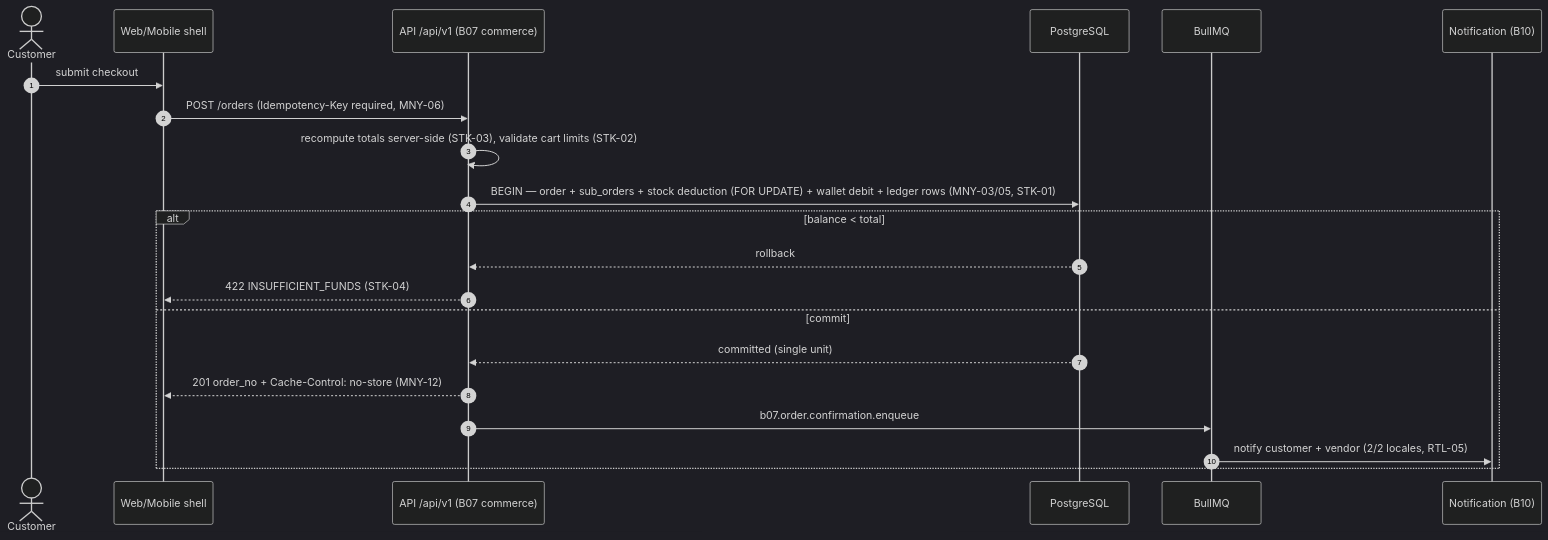
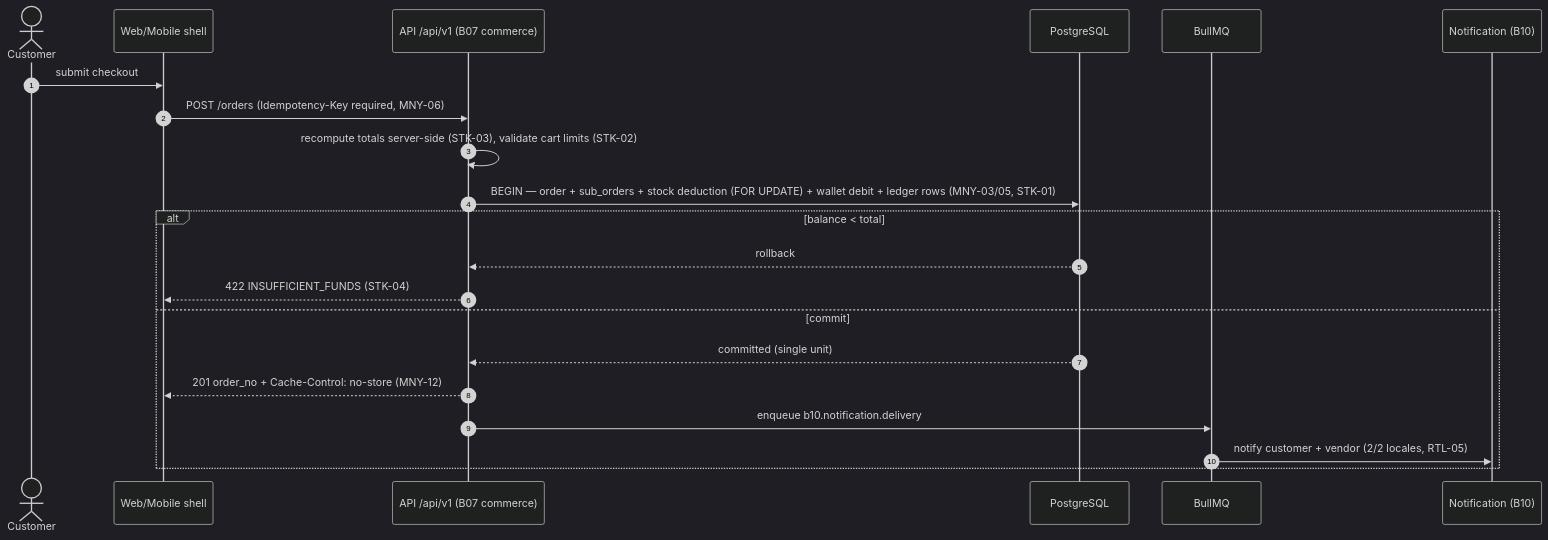
One commit to mohaned733406131-byte/YUMN changed the first of 2 diagrams in docs/phases/analysis/sequence-diagrams.md. Above: the diagram before and after it, drawn with Mermaid (dark theme). The commit also changed other lines of this file and 3 other files, not shown here.

````diff
--- a/docs/phases/analysis/sequence-diagrams.md
+++ b/docs/phases/analysis/sequence-diagrams.md
@@ -35,24 +35,24 @@
 ```mermaid
 sequenceDiagram
   autonumber
   actor C as Customer
   participant W as Web/Mobile shell
   participant API as API /api/v1 (B07 commerce)
   participant DB as PostgreSQL
   participant Q as BullMQ
   participant N as Notification (B10)
 
   C->>W: submit checkout
   W->>API: POST /orders (Idempotency-Key required, MNY-06)
   API->>API: recompute totals server-side (STK-03), validate cart limits (STK-02)
   API->>DB: BEGIN — order + sub_orders + stock deduction (FOR UPDATE) + wallet debit + ledger rows (MNY-03/05, STK-01)
   alt balance < total
     DB-->>API: rollback
     API-->>W: 422 INSUFFICIENT_FUNDS (STK-04)
   else commit
     DB-->>API: committed (single unit)
     API-->>W: 201 order_no + Cache-Control: no-store (MNY-12)
-    API->>Q: b07.order.confirmation.enqueue
+    API->>Q: enqueue b10.notification.delivery
     Q->>N: notify customer + vendor (2/2 locales, RTL-05)
   end
 ```
````
